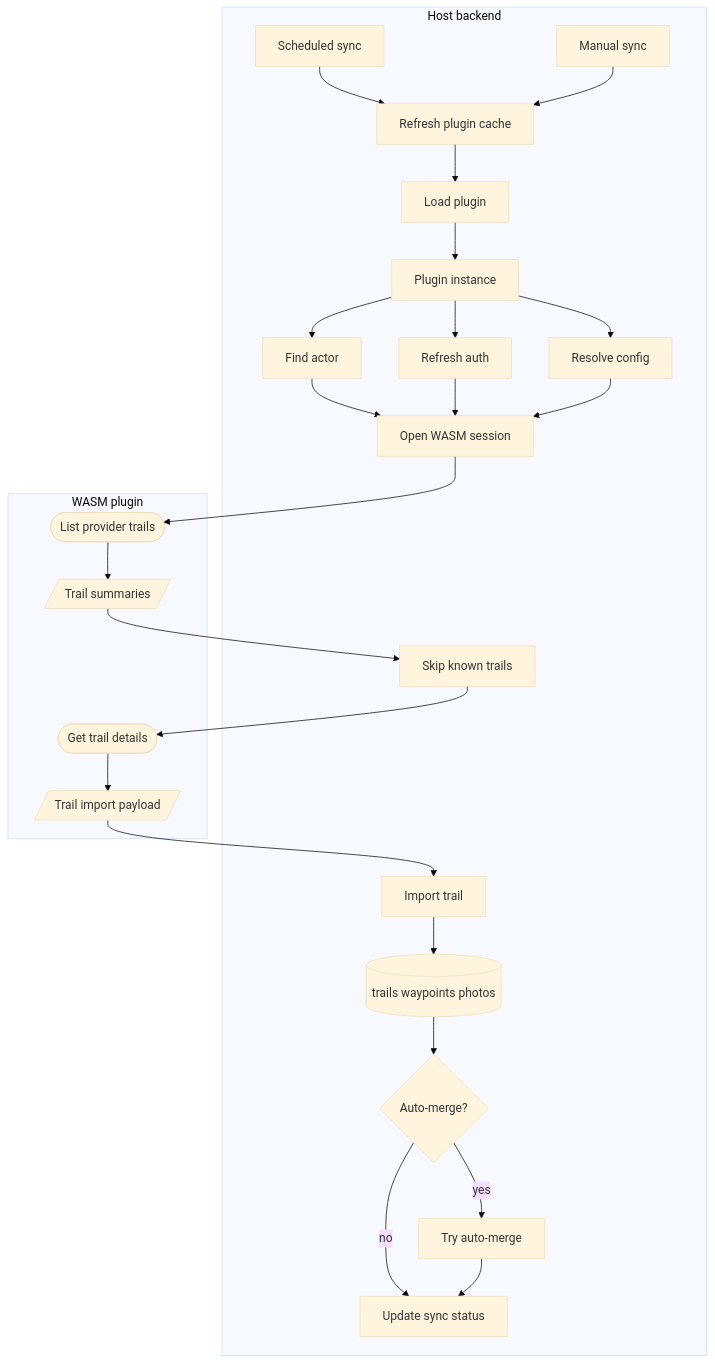
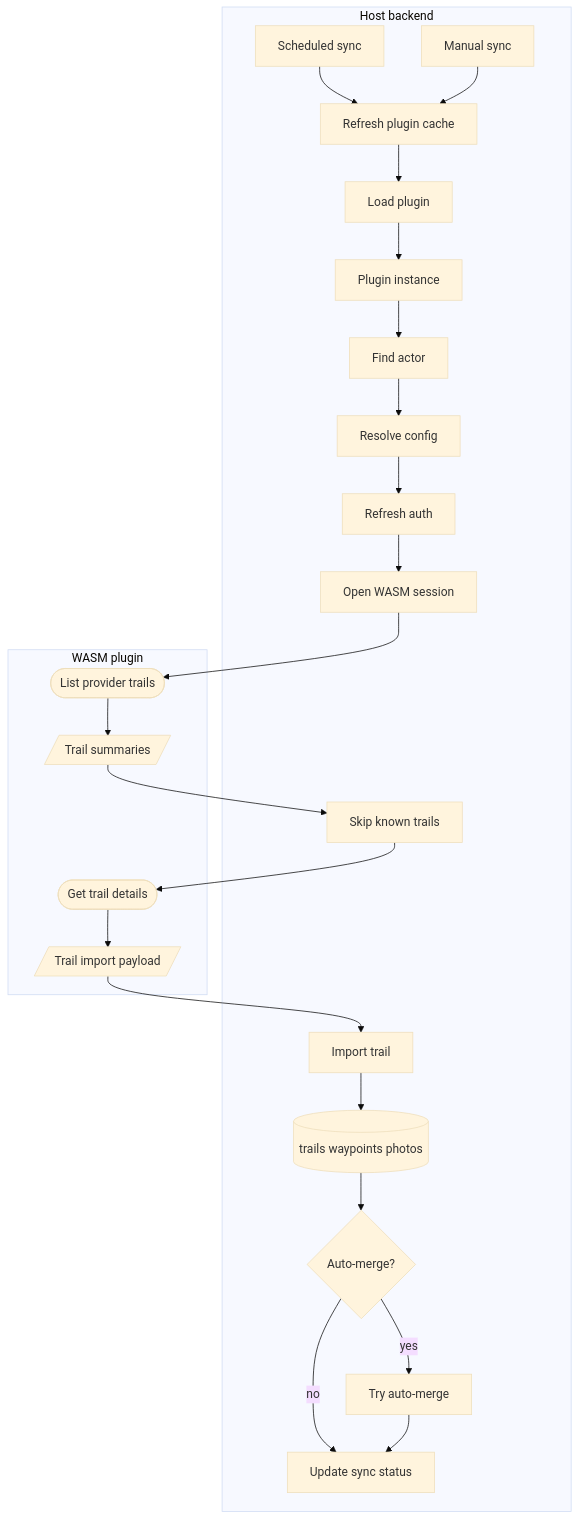
Before and after one commit to Flomp/wanderer: the first of 11 diagrams in plugins/README.md, drawn with Mermaid (base theme). The commit also changed other lines of this file and 22 other files, not shown here.

````diff
--- a/plugins/README.md
+++ b/plugins/README.md
@@ -51,49 +51,47 @@
 ```mermaid
 flowchart TD
   subgraph Host[Host backend]
     Manual[Manual sync]
     Cron[Scheduled sync]
     Discover[Refresh plugin cache]
     LoadPlugin[Load plugin]
     Instance[Plugin instance]
     Actor[Find actor]
     Auth[Refresh auth]
     Config[Resolve config]
     Session[Open WASM session]
     Dedupe[Skip known trails]
     Import[Import trail]
     Records[(trails waypoints photos)]
     Merge{Auto-merge?}
     AutoMerge[Try auto-merge]
     Done[Update sync status]
   end
 
   subgraph Plugin[WASM plugin]
     ListExport([List provider trails])
     DetailExport([Get trail details])
     Summaries[/Trail summaries/]
     TrailImport[/Trail import payload/]
   end
 
   Cron --> Discover
   Manual --> Discover
   Discover --> LoadPlugin
   LoadPlugin --> Instance
   Instance --> Actor
-  Instance --> Auth
-  Instance --> Config
-  Actor --> Session
+  Actor --> Config
+  Config --> Auth
   Auth --> Session
-  Config --> Session
   Session --> ListExport
   ListExport --> Summaries
   Summaries --> Dedupe
   Dedupe --> DetailExport
   DetailExport --> TrailImport
   TrailImport --> Import
   Import --> Records
   Records --> Merge
   Merge -->|yes| AutoMerge
   Merge -->|no| Done
   AutoMerge --> Done
 ```
````
